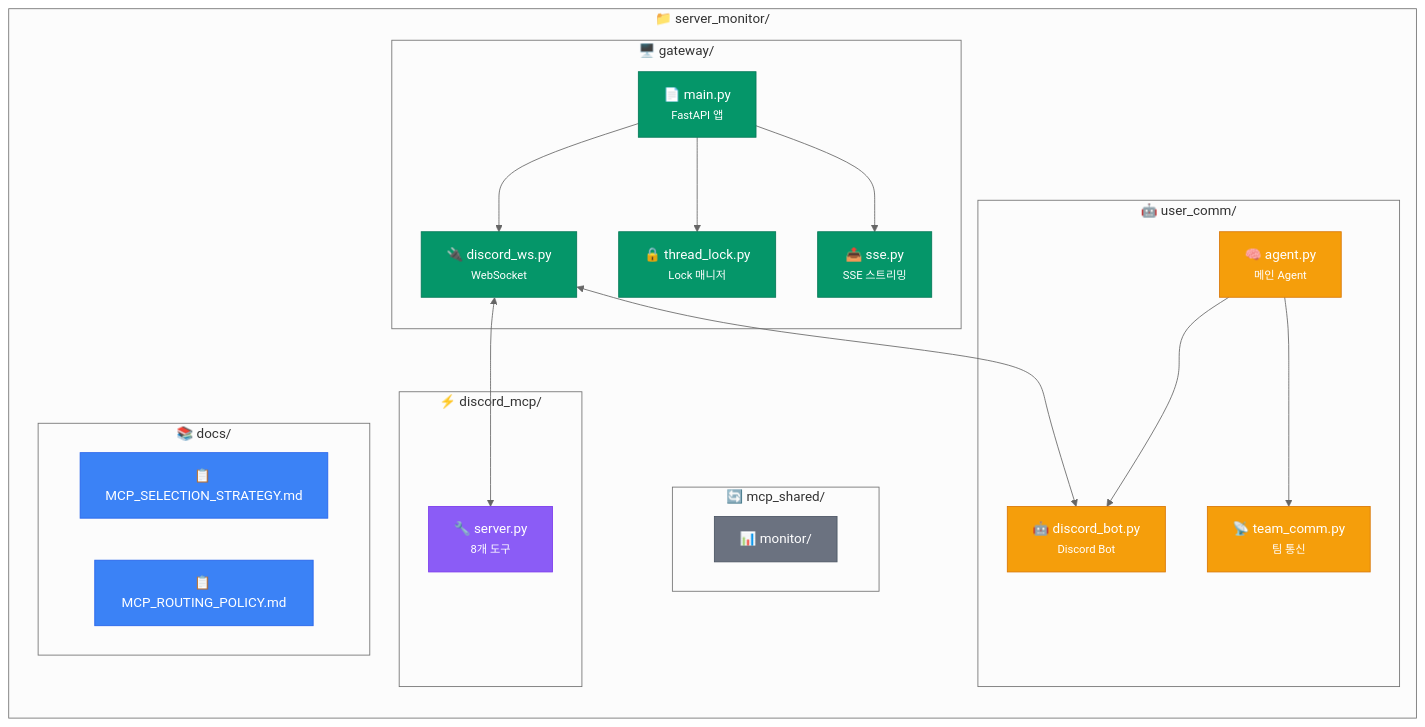
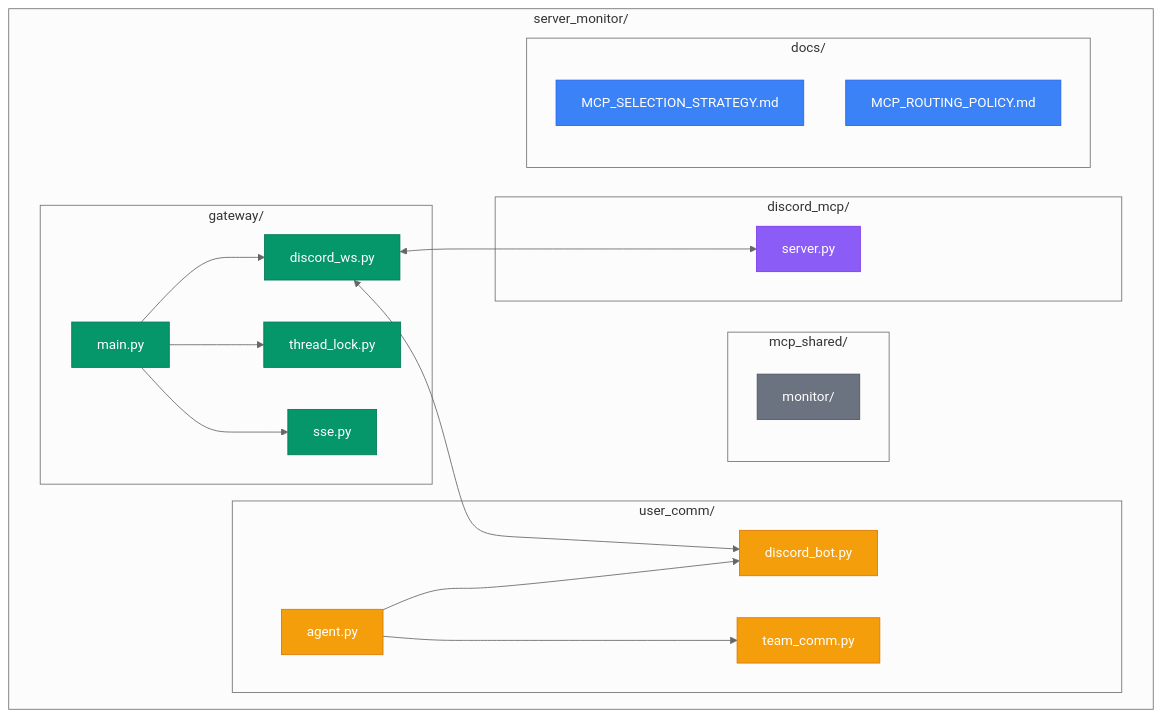
Before and after one commit to yarang/blogs: the seventh of 8 diagrams in content/ko/post/2026-03-01-013-discord-gateway-mcp-아키텍처-설계.md, drawn with Mermaid (neutral theme). The commit also changed other lines of this file and 1 other file, not shown here.

First line of the commit message:
Fix Mermaid parsing errors for web rendering

````diff
--- a/content/ko/post/2026-03-01-013-discord-gateway-mcp-아키텍처-설계.md
+++ b/content/ko/post/2026-03-01-013-discord-gateway-mcp-아키텍처-설계.md
@@ -408,47 +388,44 @@
 ```mermaid
 flowchart TB
-    %% 스타일 정의
     classDef gateway fill:#059669,stroke:#047857,color:#fff
     classDef usercomm fill:#F59E0B,stroke:#D97706,color:#fff
     classDef mcp fill:#8B5CF6,stroke:#7C3AED,color:#fff
     classDef shared fill:#6B7280,stroke:#4B5563,color:#fff
     classDef docs fill:#3B82F6,stroke:#2563EB,color:#fff
 
-    subgraph Project["📁 server_monitor/"]
-        direction TB
-
-        subgraph GwDir["🖥️ gateway/"]
-            Main["📄 main.py<br/><small>FastAPI 앱</small>"]:::gateway
-            WS["🔌 discord_ws.py<br/><small>WebSocket</small>"]:::gateway
-            Lock["🔒 thread_lock.py<br/><small>Lock 매니저</small>"]:::gateway
-            SSE["📤 sse.py<br/><small>SSE 스트리밍</small>"]:::gateway
+    subgraph Project["server_monitor/"]
+        subgraph GwDir["gateway/"]
+            Main["main.py"]:::gateway
+            WS["discord_ws.py"]:::gateway
+            Lock["thread_lock.py"]:::gateway
+            SSE["sse.py"]:::gateway
         end
 
-        subgraph UcDir["🤖 user_comm/"]
-            Agent["🧠 agent.py<br/><small>메인 Agent</small>"]:::usercomm
-            Bot["🤖 discord_bot.py<br/><small>Discord Bot</small>"]:::usercomm
-            Team["📡 team_comm.py<br/><small>팀 통신</small>"]:::usercomm
+        subgraph UcDir["user_comm/"]
+            Agent["agent.py"]:::usercomm
+            Bot["discord_bot.py"]:::usercomm
+            Team["team_comm.py"]:::usercomm
         end
 
-        subgraph McpDir["⚡ discord_mcp/"]
-            Server["🔧 server.py<br/><small>8개 도구</small>"]:::mcp
+        subgraph McpDir["discord_mcp/"]
+            Server["server.py"]:::mcp
         end
 
-        subgraph SharedDir["🔄 mcp_shared/"]
-            Monitor["📊 monitor/"]:::shared
+        subgraph SharedDir["mcp_shared/"]
+            Monitor["monitor/"]:::shared
         end
 
-        subgraph DocsDir["📚 docs/"]
-            Strategy["📋 MCP_SELECTION_STRATEGY.md"]:::docs
-            Policy["📋 MCP_ROUTING_POLICY.md"]:::docs
+        subgraph DocsDir["docs/"]
+            Strategy["MCP_SELECTION_STRATEGY.md"]:::docs
+            Policy["MCP_ROUTING_POLICY.md"]:::docs
         end
     end
 
     Main --> WS
     Main --> Lock
     Main --> SSE
     WS <--> Server
     WS <--> Bot
     Agent --> Bot
     Agent --> Team
 ```
````
